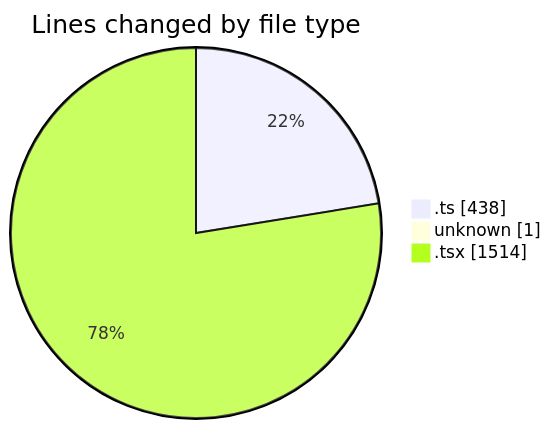
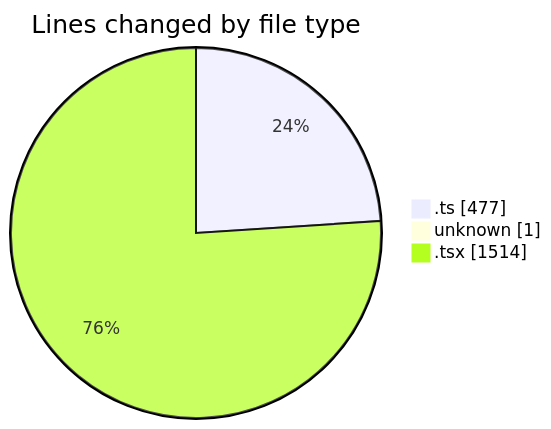
One commit to robertbonfada/code-tracking changed the first of 2 diagrams in 2025-02-17/mbc-web/README.md. Above: the diagram before and after it, drawn with Mermaid. The commit also changed other lines of this file and 1 other file, not shown here.

````diff
--- a/2025-02-17/mbc-web/README.md
+++ b/2025-02-17/mbc-web/README.md
@@ -30,7 +30,7 @@
 ```mermaid
 pie showData
 title Lines changed by file type
-".ts" : 438
+".ts" : 477
 "unknown" : 1
 ".tsx" : 1514
 ```
````
